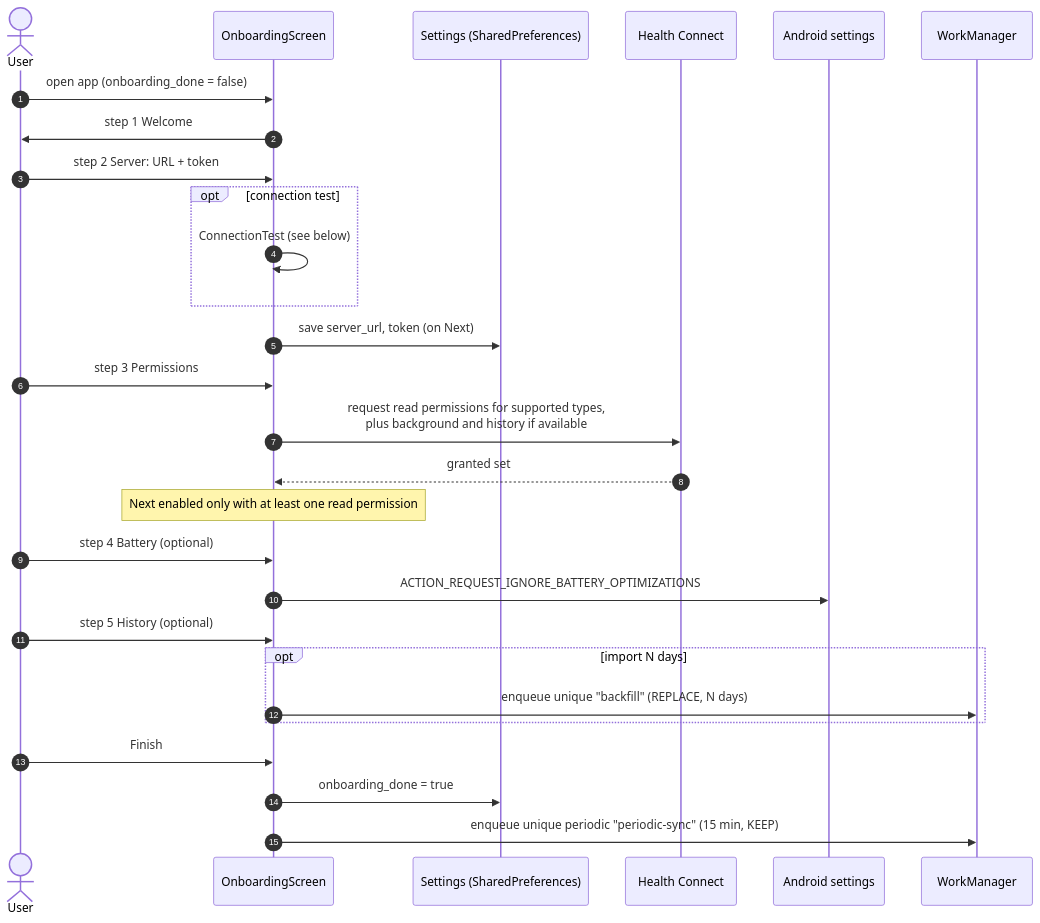
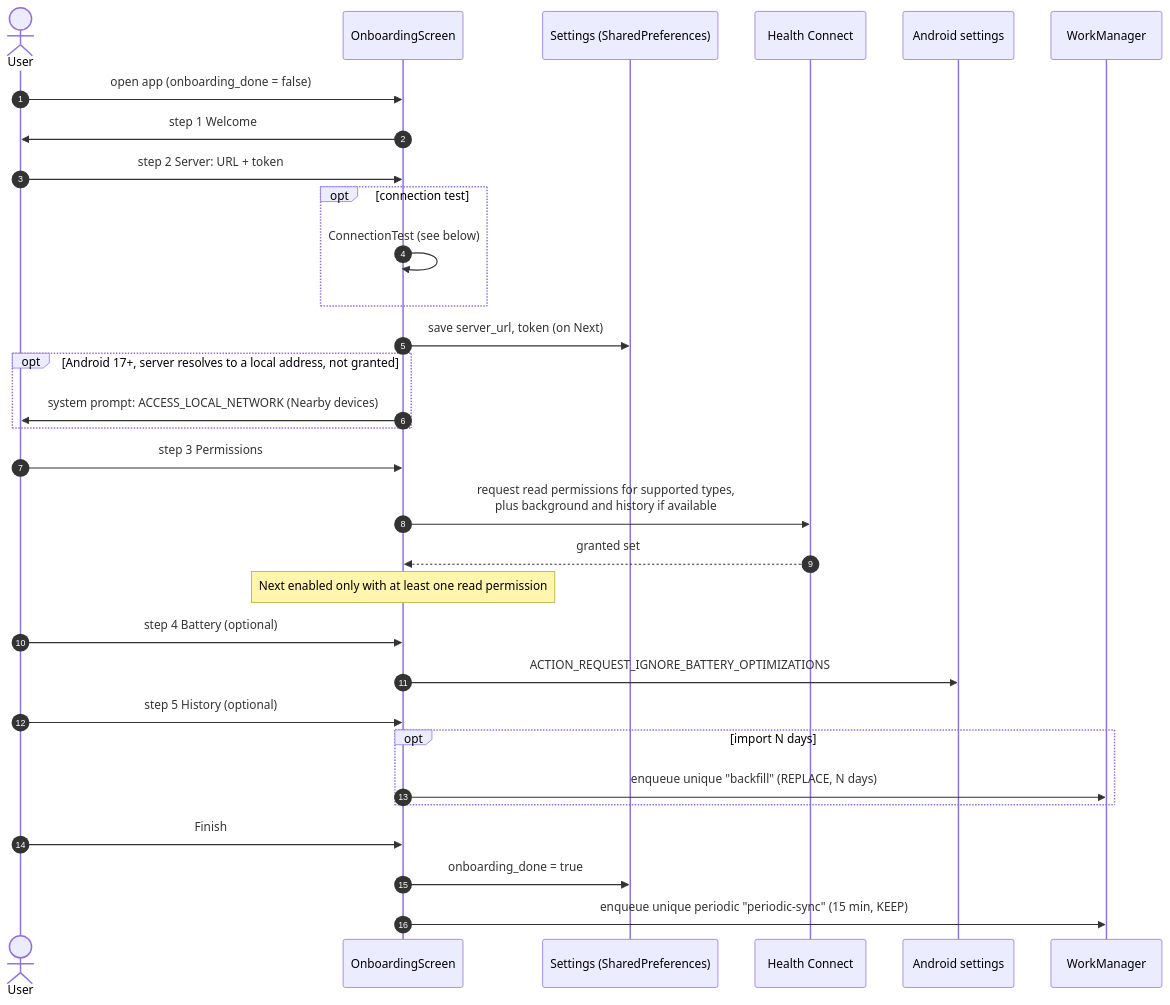
The first of 8 diagrams in docs/sequences.md (MateuxLucax/health-connect-bridge), drawn with Mermaid before and after one commit. The commit also changed other lines of this file and 25 other files, not shown here.

````diff
--- a/docs/sequences.md
+++ b/docs/sequences.md
@@ -17,31 +17,34 @@
 ```mermaid
 sequenceDiagram
     autonumber
     actor U as User
     participant O as OnboardingScreen
     participant SP as Settings (SharedPreferences)
     participant HC as Health Connect
     participant OS as Android settings
     participant WM as WorkManager
 
     U->>O: open app (onboarding_done = false)
     O->>U: step 1 Welcome
     U->>O: step 2 Server: URL + token
     opt connection test
         O->>O: ConnectionTest (see below)
     end
     O->>SP: save server_url, token (on Next)
+    opt Android 17+, server resolves to a local address, not granted
+        O->>U: system prompt: ACCESS_LOCAL_NETWORK (Nearby devices)
+    end
     U->>O: step 3 Permissions
     O->>HC: request read permissions for supported types,<br/>plus background and history if available
     HC-->>O: granted set
     Note over O: Next enabled only with at least one read permission
     U->>O: step 4 Battery (optional)
     O->>OS: ACTION_REQUEST_IGNORE_BATTERY_OPTIMIZATIONS
     U->>O: step 5 History (optional)
     opt import N days
         O->>WM: enqueue unique "backfill" (REPLACE, N days)
     end
     U->>O: Finish
     O->>SP: onboarding_done = true
     O->>WM: enqueue unique periodic "periodic-sync" (15 min, KEEP)
 ```
````
